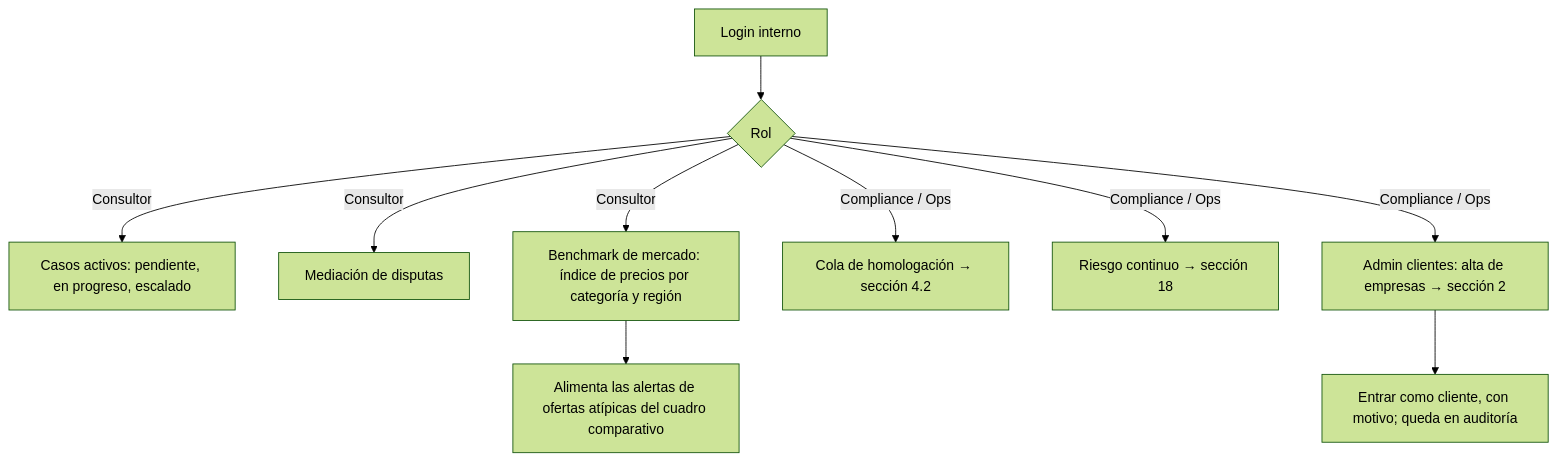
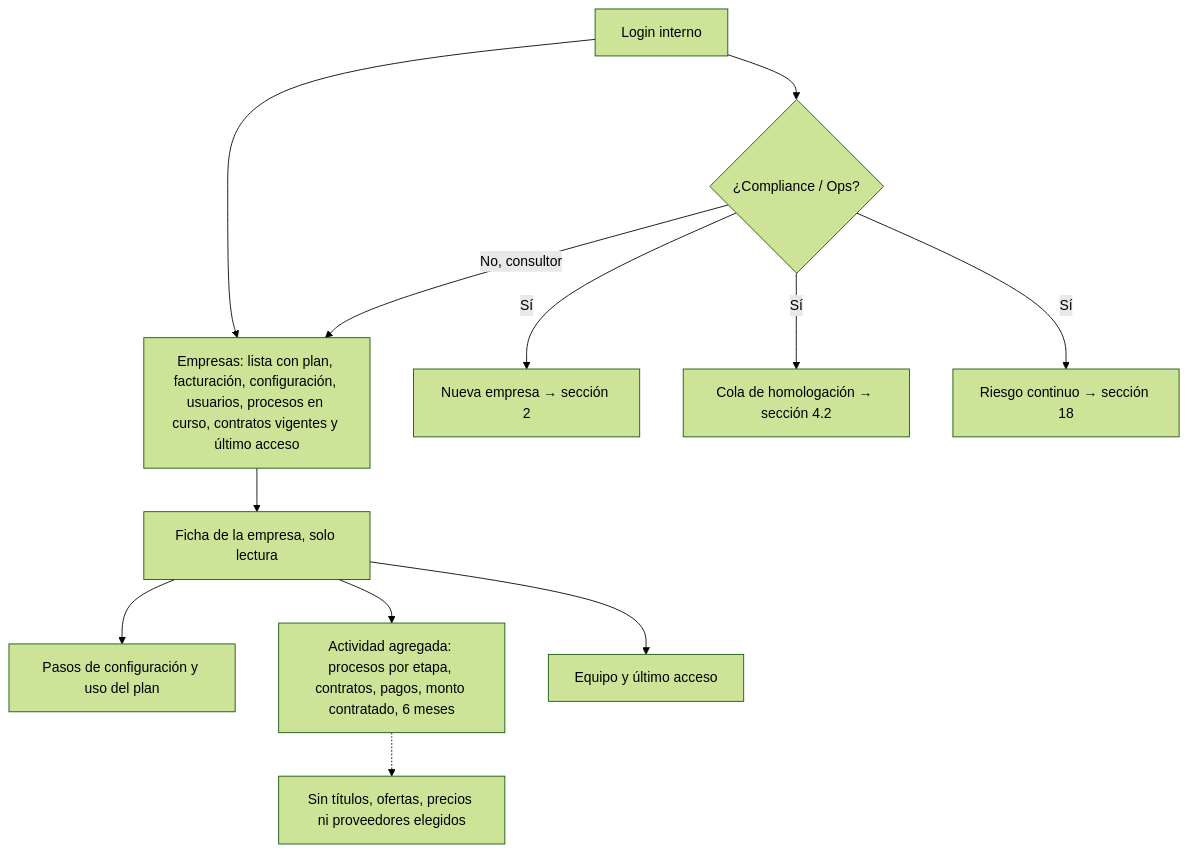
Diagram 33 of 34 in docs/DIAGRAMAS-FLUJO.md (johnalecc21/bolt_pro), drawn with Mermaid (forest theme) before and after one commit. The commit also changed other lines of this file and 35 other files, not shown here.

First line of the commit message:
Quitar disputas; panel interno solo para empresas y homologación

````diff
--- a/docs/DIAGRAMAS-FLUJO.md
+++ b/docs/DIAGRAMAS-FLUJO.md
@@ -757,12 +753,14 @@
 ```mermaid
 flowchart TD
-    A["Login interno"] --> B{"Rol"}
-    B -->|"Consultor"| C["Casos activos: pendiente, en progreso, escalado"]
-    B -->|"Consultor"| D["Mediación de disputas"]
-    B -->|"Consultor"| E["Benchmark de mercado: índice de precios por categoría y región"]
-    B -->|"Compliance / Ops"| F["Cola de homologación → sección 4.2"]
-    B -->|"Compliance / Ops"| G["Riesgo continuo → sección 18"]
-    B -->|"Compliance / Ops"| H["Admin clientes: alta de empresas → sección 2"]
-    H --> H1["Entrar como cliente, con motivo; queda en auditoría"]
-    E --> E1["Alimenta las alertas de ofertas atípicas del cuadro comparativo"]
+    A["Login interno"] --> B["Empresas: lista con plan, facturación, configuración, usuarios, procesos en curso, contratos vigentes y último acceso"]
+    B --> C["Ficha de la empresa, solo lectura"]
+    C --> C1["Pasos de configuración y uso del plan"]
+    C --> C2["Actividad agregada: procesos por etapa, contratos, pagos, monto contratado, 6 meses"]
+    C --> C3["Equipo y último acceso"]
+    C2 -.-> X["Sin títulos, ofertas, precios ni proveedores elegidos"]
+    A --> D{"¿Compliance / Ops?"}
+    D -->|"Sí"| E["Nueva empresa → sección 2"]
+    D -->|"Sí"| F["Cola de homologación → sección 4.2"]
+    D -->|"Sí"| G["Riesgo continuo → sección 18"]
+    D -->|"No, consultor"| B
 ```
````
